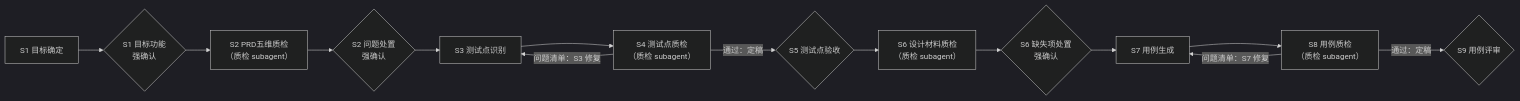
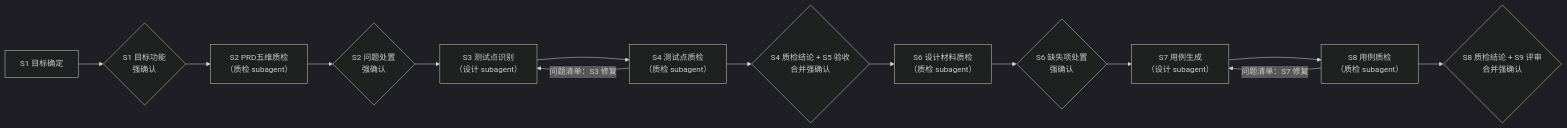
One commit to cuixujia/test-expert-agent changed the diagram in DESIGN.md. Above: the diagram before and after it, drawn with Mermaid (dark theme). The commit also changed other lines of this file and 10 other files, not shown here.

````diff
--- a/DESIGN.md
+++ b/DESIGN.md
@@ -95,16 +97,16 @@
 ```mermaid
 flowchart LR
     S1["S1 目标确定"] --> G1{"S1 目标功能<br>强确认"}
     G1 --> S2["S2 PRD五维质检<br>（质检 subagent）"]
     S2 --> G2{"S2 问题处置<br>强确认"}
-    G2 --> S3["S3 测试点识别"]
+    G2 --> S3["S3 测试点识别<br>（设计 subagent）"]
     S3 --> S4["S4 测试点质检<br>（质检 subagent）"]
     S4 -->|"问题清单：S3 修复"| S3
-    S4 -->|"通过：定稿"| S5{"S5 测试点验收"}
-    S5 --> S6["S6 设计材料质检<br>（质检 subagent）"]
+    S4 --> G45{"S4 质检结论 + S5 验收<br>合并强确认"}
+    G45 --> S6["S6 设计材料质检<br>（质检 subagent）"]
     S6 --> G6{"S6 缺失项处置<br>强确认"}
-    G6 --> S7["S7 用例生成"]
+    G6 --> S7["S7 用例生成<br>（设计 subagent）"]
     S7 --> S8["S8 用例质检<br>（质检 subagent）"]
     S8 -->|"问题清单：S7 修复"| S7
-    S8 -->|"通过：定稿"| S9{"S9 用例评审"}
+    S8 --> G89{"S8 质检结论 + S9 评审<br>合并强确认"}
 ```
````
